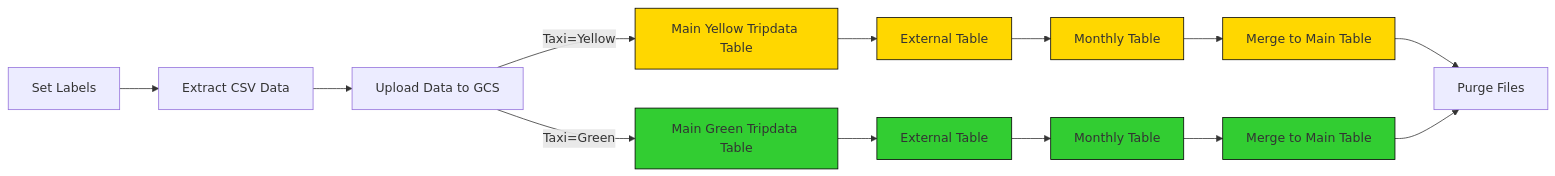
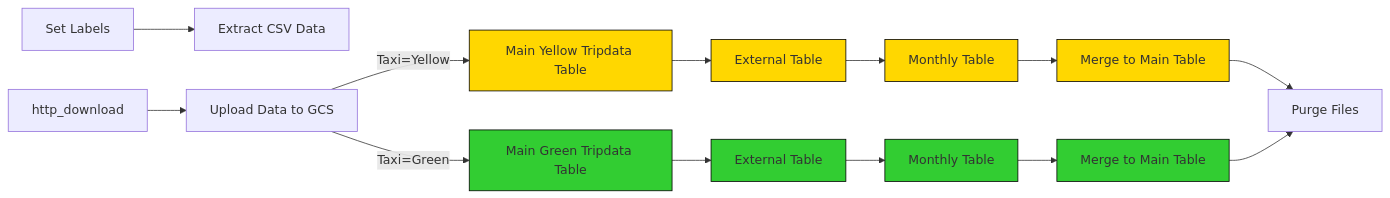
The second of 3 diagrams in kestra/README.md (3d150n-marc3l0/de-zoomcamp-2025-capstone-baywheels), drawn with Mermaid before and after one commit. The commit also changed other lines of this file and 8 other files, not shown here.

````diff
--- a/kestra/README.md
+++ b/kestra/README.md
@@ -69,18 +87,18 @@
 ```mermaid
 graph LR
   SetLabel[Set Labels] --> Extract[Extract CSV Data]
-  Extract --> UploadToGCS[Upload Data to GCS]
+  http_download --> UploadToGCS[Upload Data to GCS]
   UploadToGCS -->|Taxi=Yellow| BQYellowTripdata[Main Yellow Tripdata Table]:::yellow
   UploadToGCS -->|Taxi=Green| BQGreenTripdata[Main Green Tripdata Table]:::green
   BQYellowTripdata --> BQYellowTableExt[External Table]:::yellow
   BQGreenTripdata --> BQGreenTableExt[External Table]:::green
   BQYellowTableExt --> BQYellowTableTmp[Monthly Table]:::yellow
   BQGreenTableExt --> BQGreenTableTmp[Monthly Table]:::green
   BQYellowTableTmp --> BQYellowMerge[Merge to Main Table]:::yellow
   BQGreenTableTmp --> BQGreenMerge[Merge to Main Table]:::green
   BQYellowMerge --> PurgeFiles[Purge Files]
   BQGreenMerge --> PurgeFiles[Purge Files]
 
   classDef yellow fill:#FFD700,stroke:#000,stroke-width:1px;
   classDef green fill:#32CD32,stroke:#000,stroke-width:1px;
 ```
````
